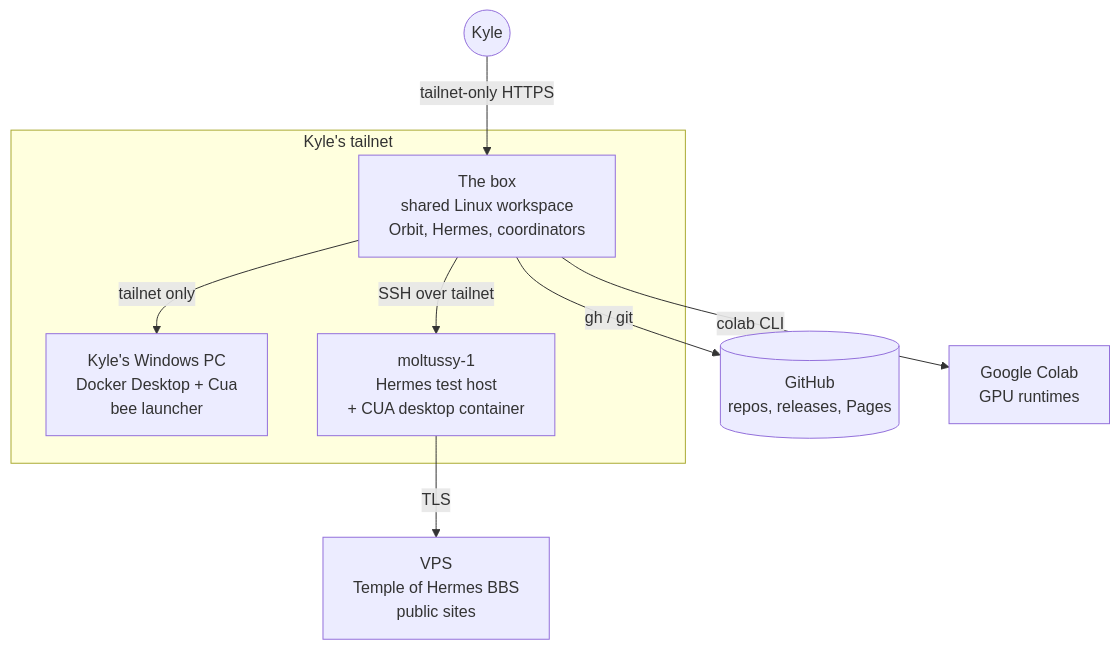
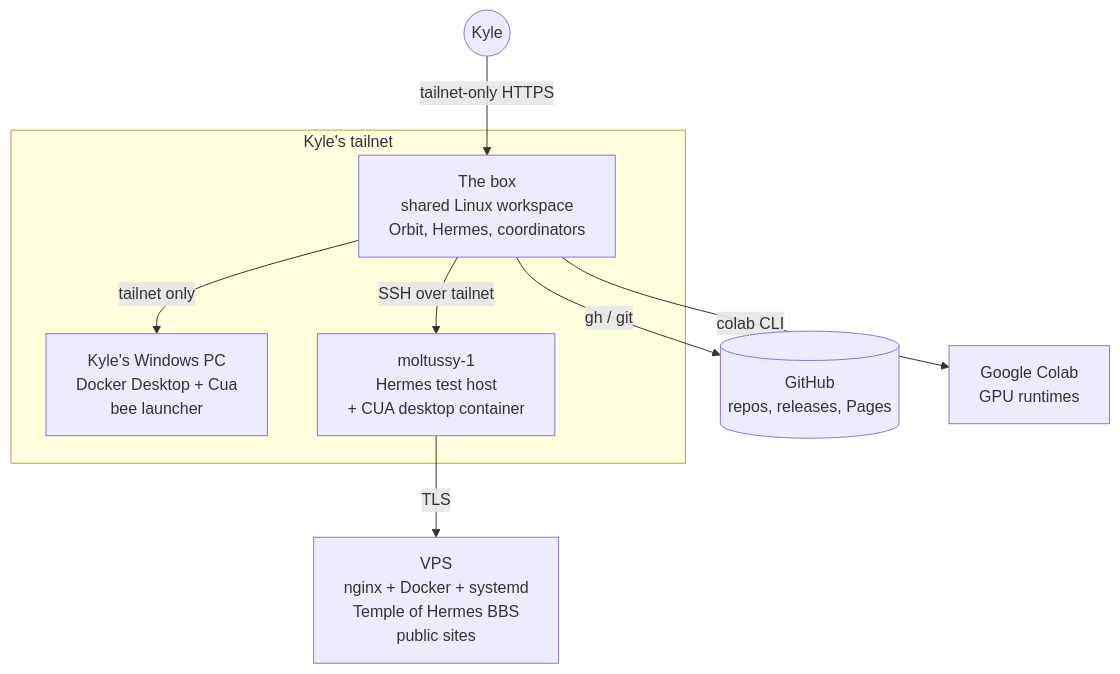
The diagram in docs/05-infrastructure-hosting-networking.md (mojomast/workflow), drawn with Mermaid before and after one commit. The commit also changed other lines of this file and 6 other files, not shown here.

````diff
--- a/docs/05-infrastructure-hosting-networking.md
+++ b/docs/05-infrastructure-hosting-networking.md
@@ -7,17 +7,17 @@
 ```mermaid
 flowchart TB
     subgraph TN[Kyle's tailnet]
       BOX[The box<br/>shared Linux workspace<br/>Orbit, Hermes, coordinators]
       PC[Kyle's Windows PC<br/>Docker Desktop + Cua<br/>bee launcher]
       M1[moltussy-1<br/>Hermes test host<br/>+ CUA desktop container]
     end
-    VPS[VPS<br/>Temple of Hermes BBS<br/>public sites]
+    VPS[VPS<br/>nginx + Docker + systemd<br/>Temple of Hermes BBS<br/>public sites]
     GH[(GitHub<br/>repos, releases, Pages)]
     GC[Google Colab<br/>GPU runtimes]
     BOX -- tailnet only --> PC
     BOX -- SSH over tailnet --> M1
     BOX -- colab CLI --> GC
     BOX -- gh / git --> GH
     M1 -- TLS --> VPS
     Kyle((Kyle)) -- tailnet-only HTTPS --> BOX
 ```
````
